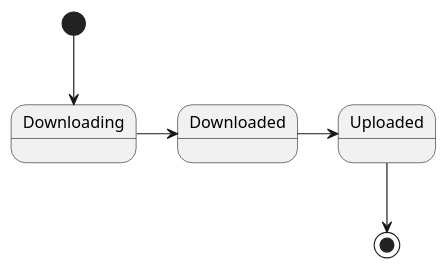
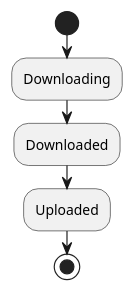
The diagram in _diary/2024-06-21.md (yanghoon/obsidian-workspace), drawn with PlantUML before and after one commit.

Commit message:
vault backup: 2024-06-23 19:28:43

````diff
--- a/_diary/2024-06-21.md
+++ b/_diary/2024-06-21.md
@@ -52,10 +52,11 @@
 ```plantuml
 @startuml
 
-[*] --> Downloading
-Downloading -> Downloaded
-Downloaded -> Uploaded
-Uploaded --> [*]
+start
+:Downloading;
+:Downloaded;
+:Uploaded;
+stop
 
 @enduml
 ```
````
